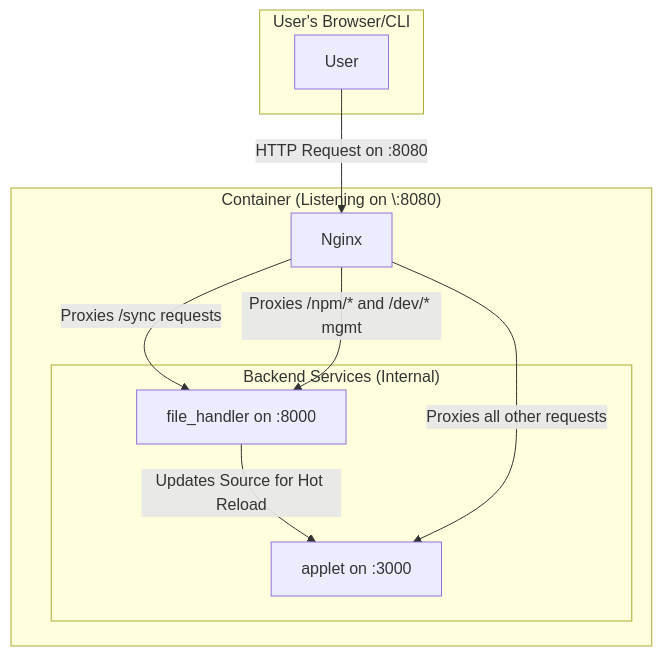
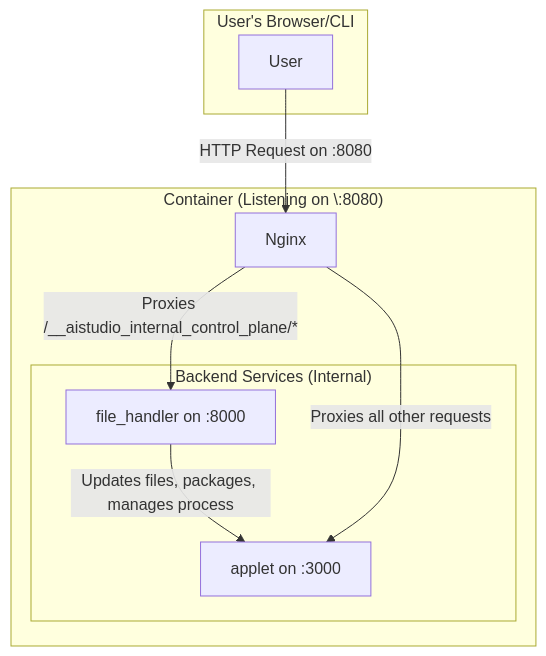
The diagram in README.md (petitsamuel/cloudrun-poc), drawn with Mermaid before and after one commit. The commit also changed other lines of this file and 1 other file, not shown here.

````diff
--- a/README.md
+++ b/README.md
@@ -4,21 +3,21 @@
 ```mermaid
 graph TD
     subgraph "User's Browser/CLI"
         A[User]
     end
 
     subgraph "Container (Listening on \:8080)"
         B[Nginx]
 
         subgraph "Backend Services (Internal)"
             C[file_handler on :8000]
             D[applet on :3000]
-            C -- Updates Source for Hot Reload--> D
+            C -- Updates files, packages, manages process--> D
         end
     end
 
     A -- "HTTP Request on :8080" --> B
-    B -- "Proxies /sync requests" --> C
-    B -- "Proxies /npm/* and /dev/* mgmt" --> C
+    B -- "Proxies /__aistudio_internal_control_plane/*" --> C
     B -- "Proxies all other requests" --> D
+
 ```
````
